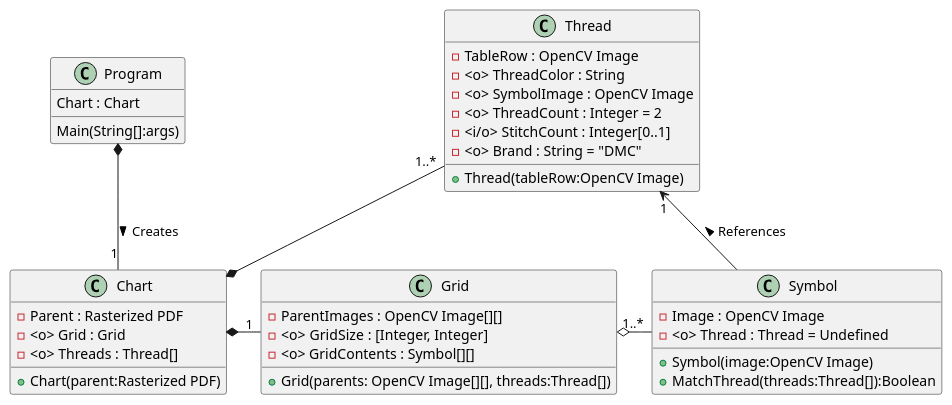
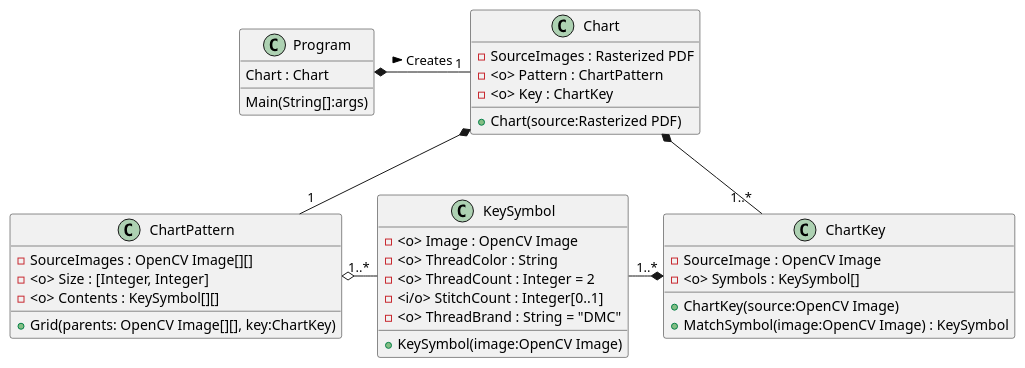
One commit to Badwolf369/PatternSeer changed the diagram in PDF to OXS Converter/doc/classes.md. Above: the diagram before and after it, drawn with PlantUML.

Commit message:
Update Class Diagram

```diff
--- a/PDF to OXS Converter/doc/classes.md
+++ b/PDF to OXS Converter/doc/classes.md
@@ -1,49 +1,38 @@
 @startuml
 class Program {
     Chart : Chart
-'    Display : Display
     Main(String[]:args)
 }
-/'
-class Display {
-    -image : OpenCV Image
-    +Display(image:OpenCV Image)
-    +View(self)
-    +Update(self, image:OpenCV Image)
+class Chart {
+    -SourceImages : Rasterized PDF
+    -<o> Pattern : ChartPattern
+    -<o> Key : ChartKey
+    +Chart(source:Rasterized PDF)
 }
-Display "1" -u-* Program : < Creates
-Display <-u- Program : < Updates '/
-class Chart {
-    -Parent : Rasterized PDF
-    -<o> Grid : Grid
-    -<o> Threads : Thread[]
-    +Chart(parent:Rasterized PDF)
+class ChartPattern {
+    -SourceImages : OpenCV Image[][]
+    -<o> Size : [Integer, Integer]
+    -<o> Contents : KeySymbol[][]
+    +Grid(parents: OpenCV Image[][], key:ChartKey)
 }
-class Grid {
-    -ParentImages : OpenCV Image[][]
-    -<o> GridSize : [Integer, Integer]
-    -<o> GridContents : Symbol[][]
-    +Grid(parents: OpenCV Image[][], threads:Thread[])
+class ChartKey {
+    -SourceImage : OpenCV Image
+    -<o> Symbols : KeySymbol[]
+    +ChartKey(source:OpenCV Image)
+    +MatchSymbol(image:OpenCV Image) : KeySymbol
 }
-class Symbol {
-    -Image : OpenCV Image
-    -<o> Thread : Thread = Undefined
-    +Symbol(image:OpenCV Image)
-    +MatchThread(threads:Thread[]):Boolean
-}
-class Thread {
-    -TableRow : OpenCV Image
+class KeySymbol {
+    -<o> Image : OpenCV Image
     -<o> ThreadColor : String
-    -<o> SymbolImage : OpenCV Image
     -<o> ThreadCount : Integer = 2
     -<i/o> StitchCount : Integer[0..1]
-    -<o> Brand : String = "DMC"
-    +Thread(tableRow:OpenCV Image)
+    -<o> ThreadBrand : String = "DMC"
+    +KeySymbol(image:OpenCV Image)
 }
 
-Chart "1" -u-* Program : < Creates
-Thread "1..*" -d-* Chart
-Thread "1" <-d- Symbol: < References
-Symbol "1..*" -l-o Grid
-Grid "1" -l-* Chart
+Chart "1" -l-* Program : < Creates
+ChartKey "1..*" -u-* Chart
+ChartPattern "1" -u-* Chart
+KeySymbol "1..*" -l-o ChartPattern
+KeySymbol "1..*" -r-* ChartKey
 @enduml
```
